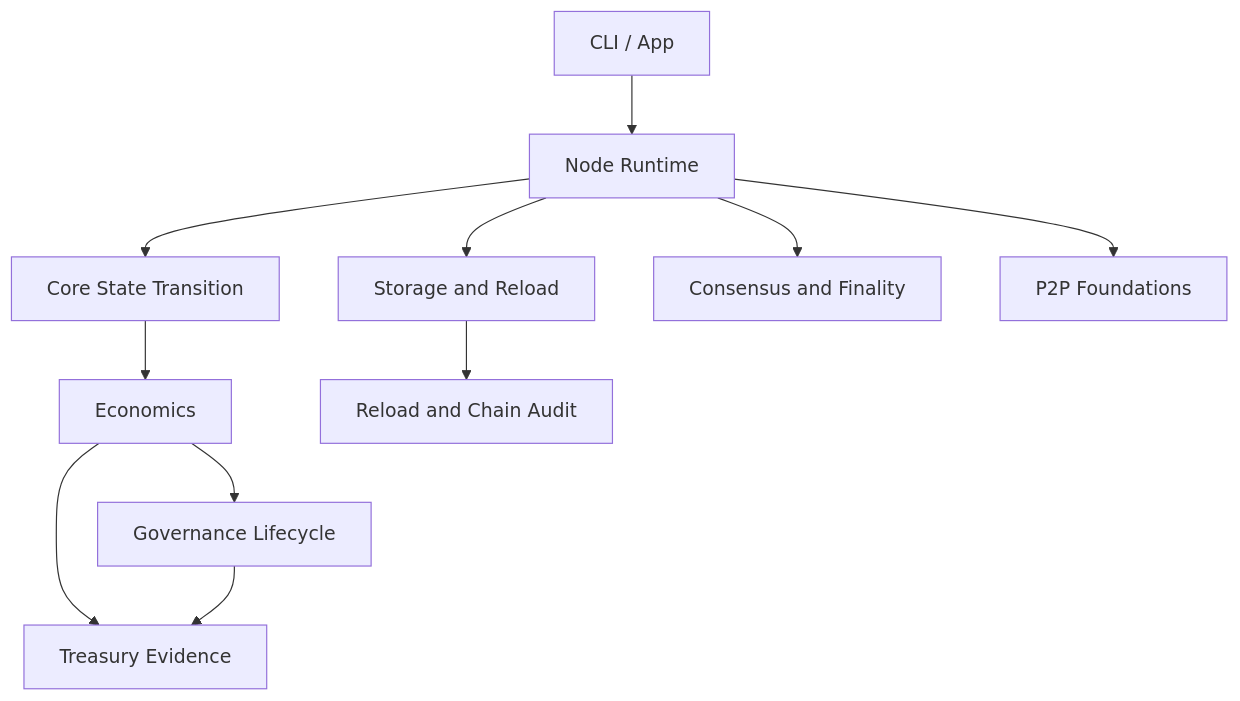
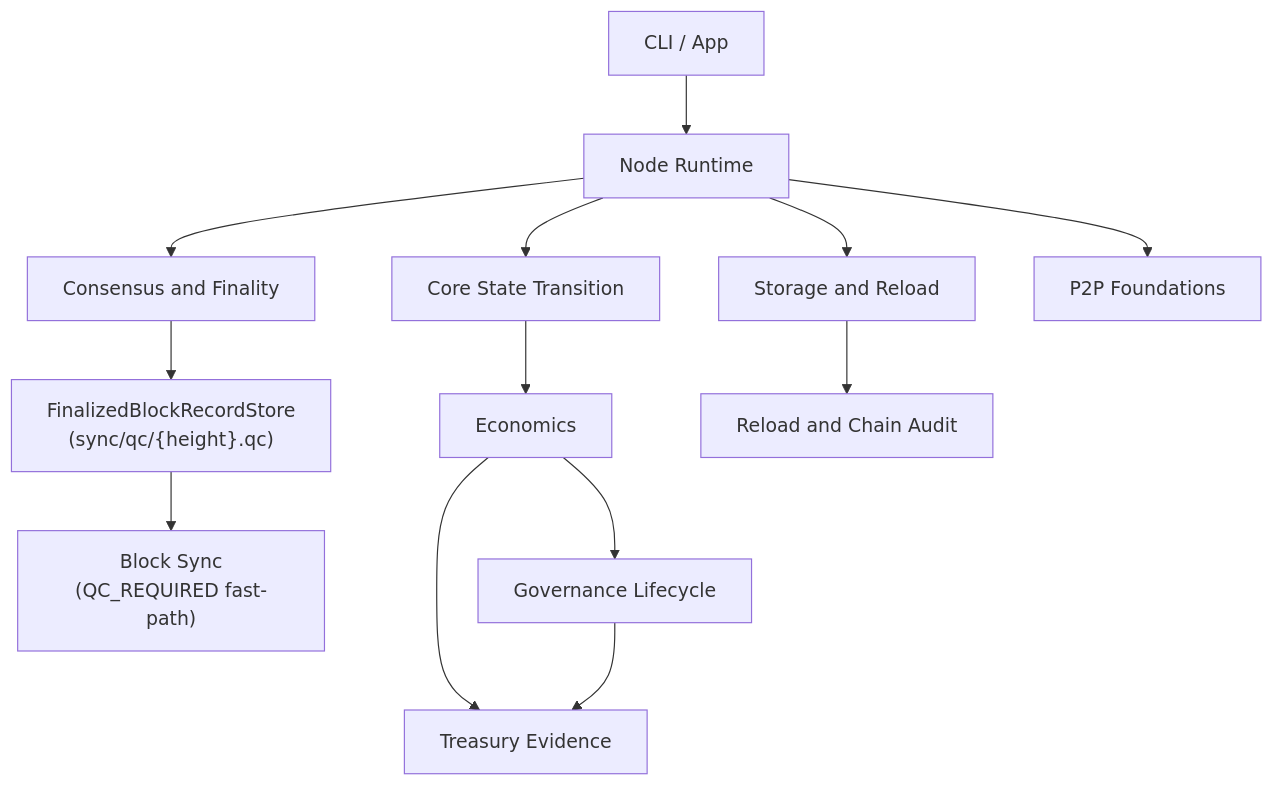
One commit to igors93/nodo changed the diagram in README.md. Above: the diagram before and after it, drawn with Mermaid. The commit also changed other lines of this file and 61 other files, not shown here.

````diff
--- a/README.md
+++ b/README.md
@@ -205,13 +229,15 @@
 ```mermaid
 flowchart TD
     CLI["CLI / App"] --> Runtime["Node Runtime"]
     Runtime --> Storage["Storage and Reload"]
     Runtime --> Core["Core State Transition"]
     Runtime --> Consensus["Consensus and Finality"]
     Runtime --> P2P["P2P Foundations"]
+    Consensus --> QCStore["FinalizedBlockRecordStore\n(sync/qc/{height}.qc)"]
+    QCStore --> SyncPath["Block Sync\n(QC_REQUIRED fast-path)"]
     Core --> Economics["Economics"]
     Economics --> Treasury["Treasury Evidence"]
     Economics --> Governance["Governance Lifecycle"]
     Storage --> Audit["Reload and Chain Audit"]
     Governance --> Treasury
 ```
````
